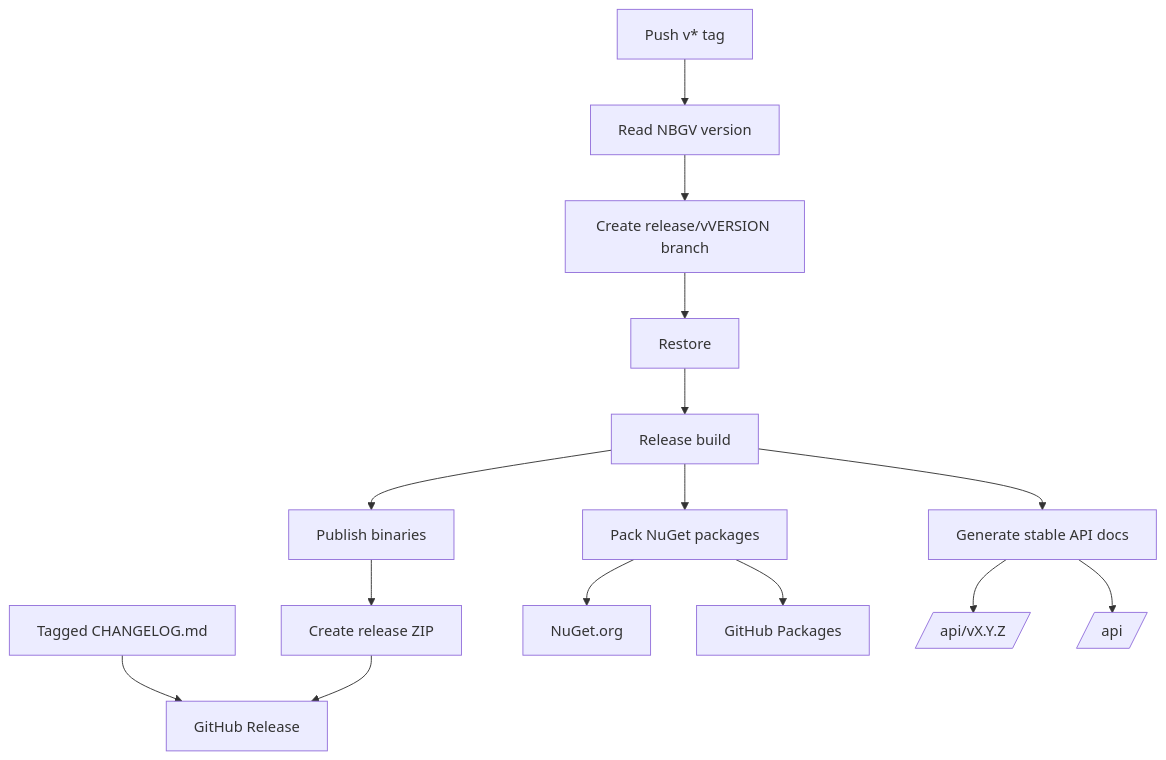
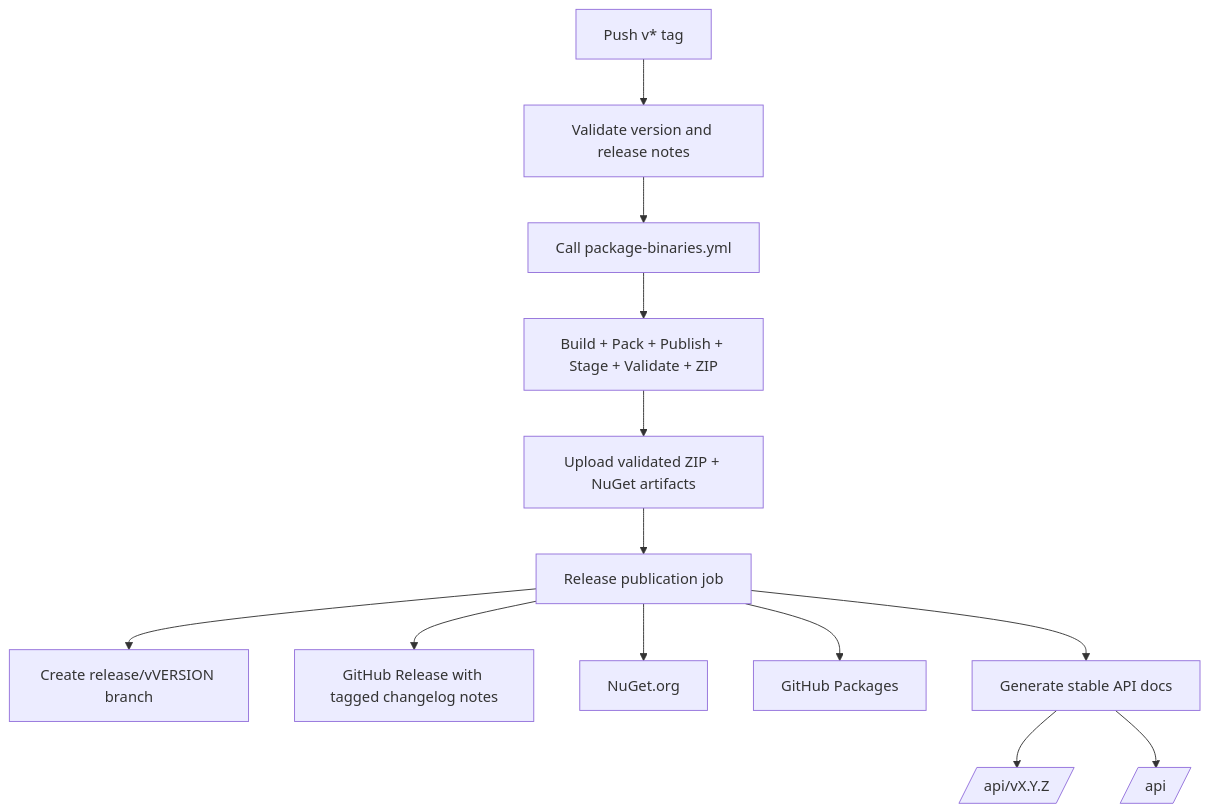
The third of 3 diagrams in docs/wiki/GitHub-Automation-and-Workflows.md (Isthimius/Gondwana), drawn with Mermaid before and after one commit. The commit also changed other lines of this file and 1 other file, not shown here.

````diff
--- a/docs/wiki/GitHub-Automation-and-Workflows.md
+++ b/docs/wiki/GitHub-Automation-and-Workflows.md
@@ -1038,20 +1056,16 @@
 ```mermaid
 flowchart TD
-    TAG[Push v* tag] --> VERSION[Read NBGV version]
-    VERSION --> BRANCH[Create release/vVERSION branch]
-    BRANCH --> RESTORE[Restore]
-    RESTORE --> BUILD[Release build]
-    BUILD --> PACK[Pack NuGet packages]
-    BUILD --> PUBLISH[Publish binaries]
-    PUBLISH --> ZIP[Create release ZIP]
+    TAG[Push v* tag] --> PREFLIGHT[Validate version and release notes]
+    PREFLIGHT --> PKG[Call package-binaries.yml]
+    PKG --> BUNDLE[Build + Pack + Publish + Stage + Validate + ZIP]
+    BUNDLE --> UPLOAD[Upload validated ZIP + NuGet artifacts]
+    UPLOAD --> PUB[Release publication job]
 
-    CHANGELOG[Tagged CHANGELOG.md] --> GHREL[GitHub Release]
-    ZIP --> GHREL
-
-    PACK --> NUGET[NuGet.org]
-    PACK --> GHPKG[GitHub Packages]
-
-    BUILD --> DOXY[Generate stable API docs]
+    PUB --> BRANCH[Create release/vVERSION branch]
+    PUB --> GHREL[GitHub Release with tagged changelog notes]
+    PUB --> NUGET[NuGet.org]
+    PUB --> GHPKG[GitHub Packages]
+    PUB --> DOXY[Generate stable API docs]
     DOXY --> VERSIONED[/api/vX.Y.Z/]
     DOXY --> STABLE[/api/]
 ```
````
